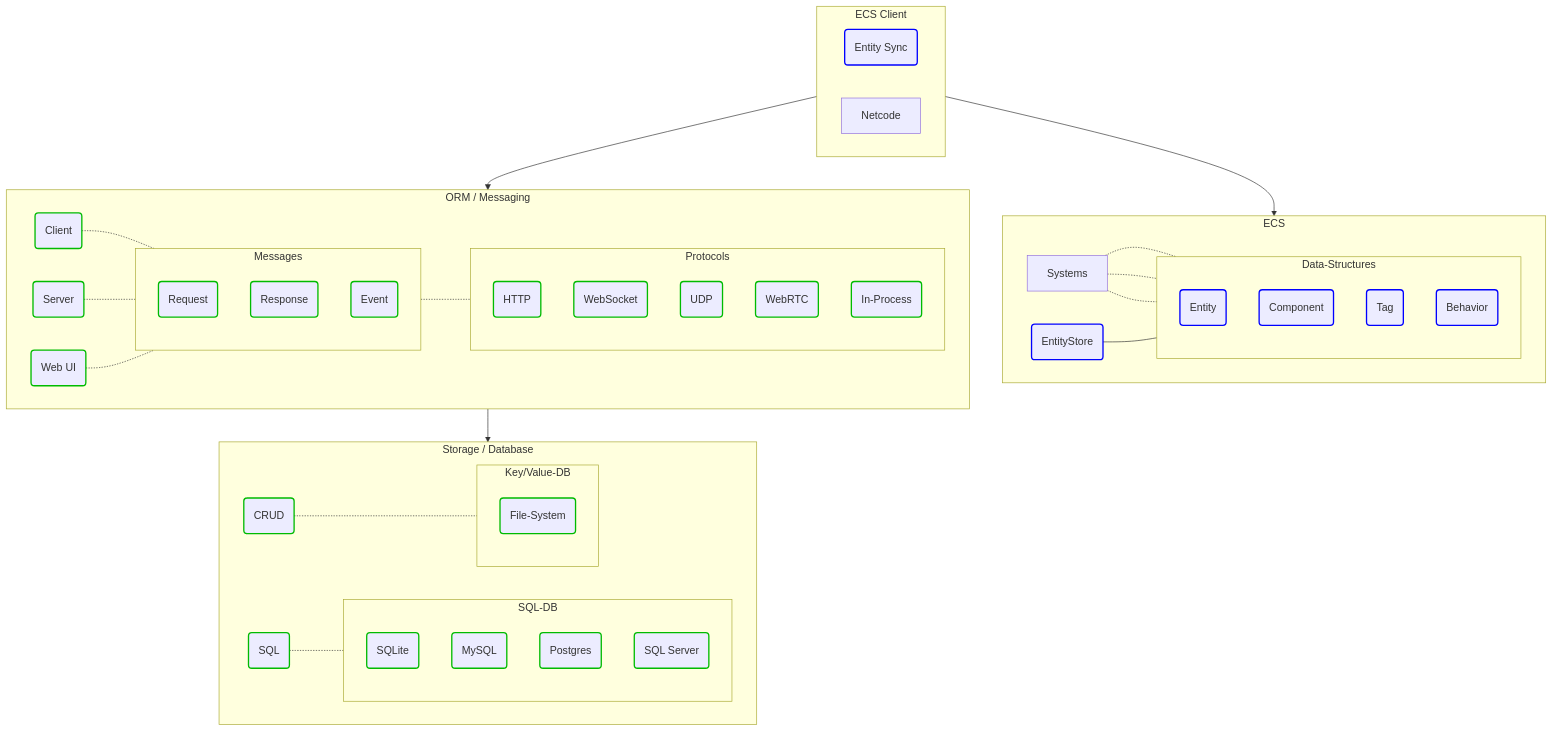
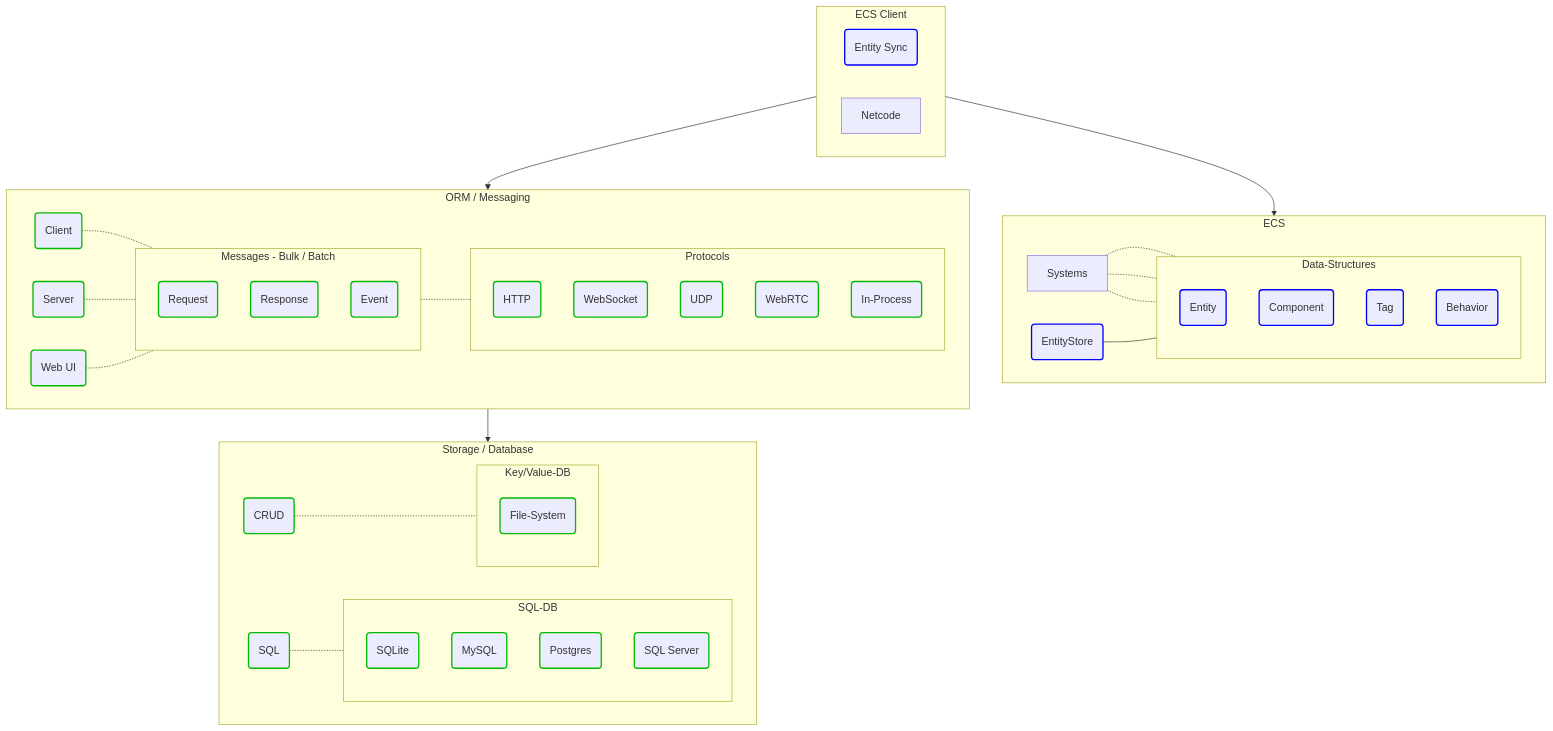
One commit to friflo/Friflo.Json.Fliox changed the second of 3 diagrams in Engine/README.md. Above: the diagram before and after it, drawn with Mermaid. The commit also changed other lines of this file, not shown here.

Commit message:
Engine - update architecture diagram

````diff
--- a/Engine/README.md
+++ b/Engine/README.md
@@ -106,83 +106,83 @@
 ```mermaid
   graph TD;
     classDef finished       stroke:#0b0,stroke-width:2px;
     classDef implemented    stroke:#00f,stroke-width:2px;
 
     subgraph ECS-Client[ECS Client];
         Sync(Entity Sync):::implemented;
         Netcode;
     end
 
     subgraph ECS;
         EntityStore(EntityStore):::implemented
         Systems
 
         subgraph Data-Structures;
         direction TB;
             Entity(Entity):::implemented
             Component(Component):::implemented
             Tag(Tag):::implemented
             Behavior(Behavior):::implemented
         end
 
         EntityStore  --- Data-Structures
 
         Systems      -.- Entity
         Systems      -.- Component
         Systems      -.- Tag
     end
 
     subgraph ORM[ORM / Messaging];
         Client(Client):::finished
         Server(Server):::finished
         WebUI(Web UI):::finished
 
-        subgraph Messages;
+        subgraph Messages[Messages - Bulk / Batch];
             direction TB;
             Request(Request):::finished
             Response(Response):::finished
             Event(Event):::finished
         end
 
         Client -.- Messages
         Server -.- Messages
         WebUI  -.- Messages
 
         subgraph Protocols;
             direction TB;
             HTTP(HTTP):::finished
             WebSocket(WebSocket):::finished
             UDP(UDP):::finished
             WebRTC(WebRTC):::finished
             In-Process(In-Process):::finished
         end
 
         Messages  -.- Protocols
     end
 
     subgraph Storage[Storage / Database];
         SQL(SQL):::finished
         CRUD(CRUD):::finished
 
         subgraph SQL-DB;
             direction TB;
             SQLite(SQLite):::finished
             MySQL(MySQL):::finished
             Postgres(Postgres):::finished
             SQL-Server(SQL Server):::finished
         end
 
         SQL     -.- SQL-DB
         CRUD    -.- Key/Value-DB
 
         subgraph Key/Value-DB;
             direction TB;
             File-System(File-System):::finished
         end
     end
 
     ECS-Client  --> ECS
     ECS-Client  --> ORM
     ORM         --> Storage
     
 ```
````
